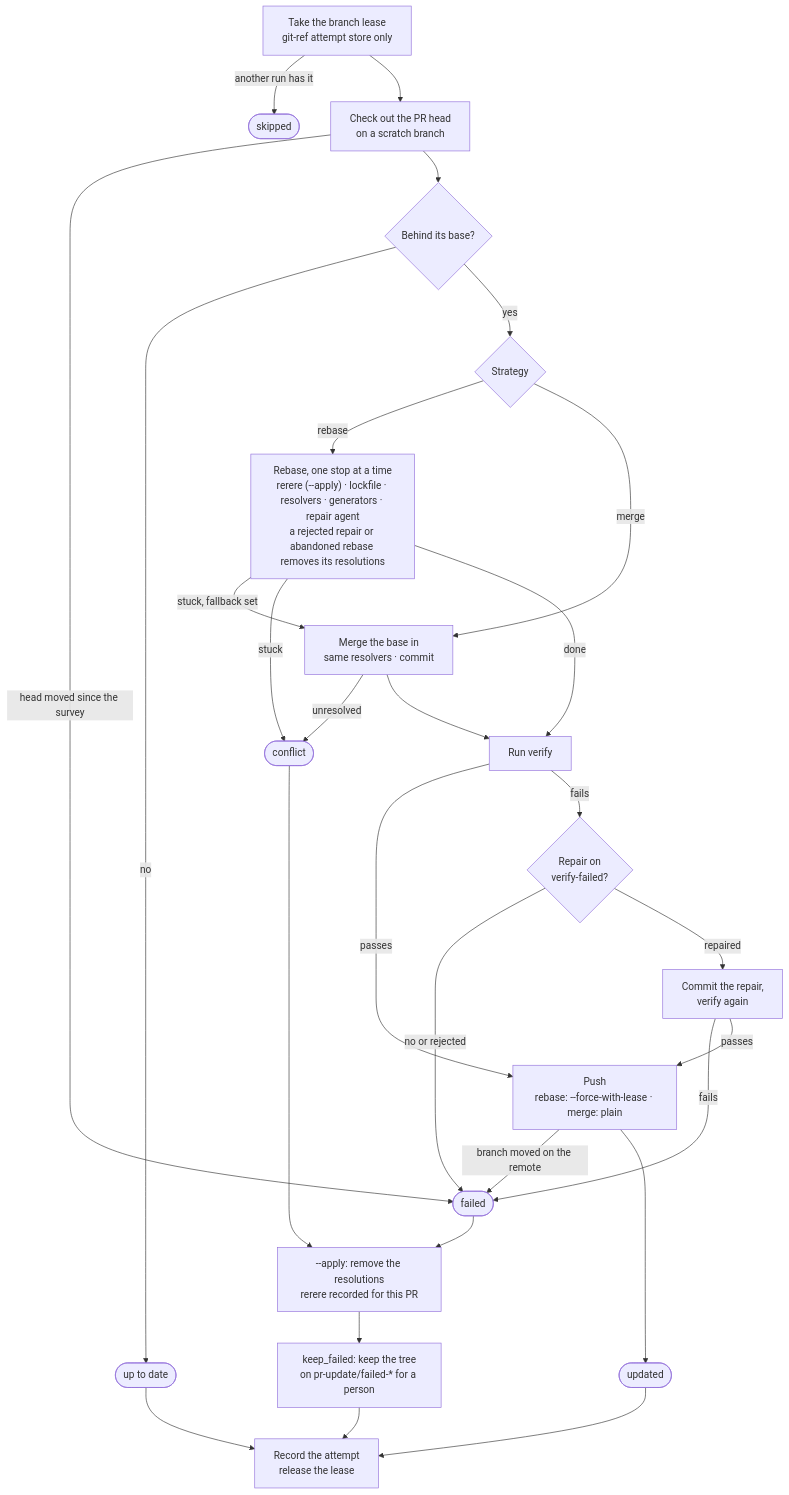
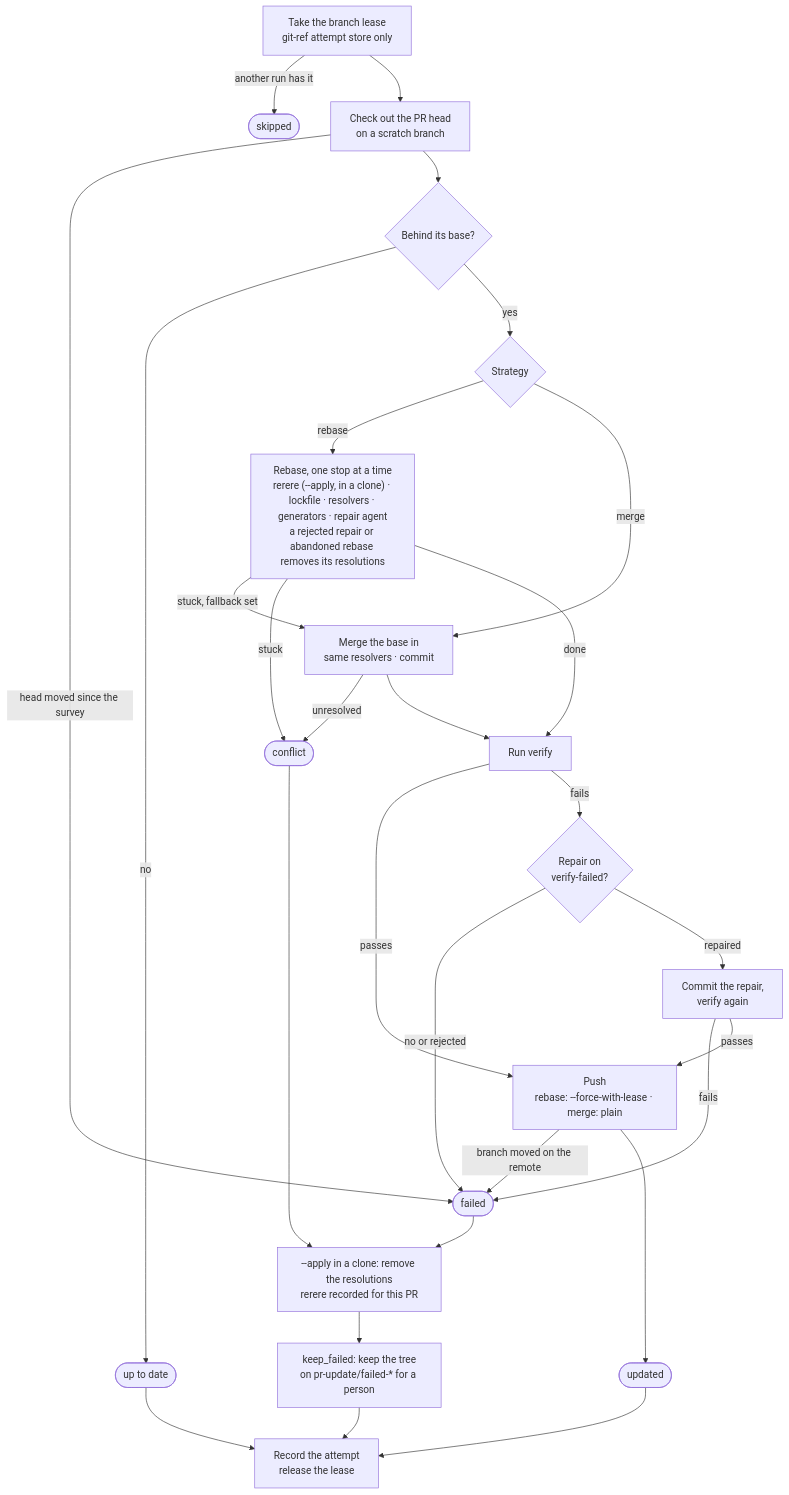
Before and after one commit to osdlc/osdlc: the second of 2 diagrams in packages/ts/pr-update/docs/guide/architecture.md, drawn with Mermaid. The commit also changed other lines of this file and 1 other file, not shown here.

Commit message:
docs(pr-update): architecture guide and D-0005 at the end of S13

````diff
--- a/packages/ts/pr-update/docs/guide/architecture.md
+++ b/packages/ts/pr-update/docs/guide/architecture.md
@@ -75,30 +76,30 @@
 ```mermaid
 flowchart TD
   lease["Take the branch lease<br/>git-ref attempt store only"] -->|another run has it| s1(["skipped"])
   lease --> co["Check out the PR head<br/>on a scratch branch"]
   co -->|head moved since the survey| f(["failed"])
   co --> bh{"Behind its base?"}
   bh -->|no| up(["up to date"])
   bh -->|yes| st{"Strategy"}
-  st -->|rebase| rb["Rebase, one stop at a time<br/>rerere (--apply) · lockfile · resolvers · generators · repair agent<br/>a rejected repair or abandoned rebase removes its resolutions"]
+  st -->|rebase| rb["Rebase, one stop at a time<br/>rerere (--apply, in a clone) · lockfile · resolvers · generators · repair agent<br/>a rejected repair or abandoned rebase removes its resolutions"]
   rb -->|stuck, fallback set| mg
   rb -->|stuck| cf(["conflict"])
   st -->|merge| mg["Merge the base in<br/>same resolvers · commit"]
   mg -->|unresolved| cf
   rb -->|done| v
   mg --> v["Run verify"]
   v -->|passes| push["Push<br/>rebase: --force-with-lease · merge: plain"]
   v -->|fails| rp{"Repair on<br/>verify-failed?"}
   rp -->|no or rejected| f
   rp -->|repaired| v2["Commit the repair,<br/>verify again"]
   v2 -->|fails| f
   v2 -->|passes| push
   push -->|branch moved on the remote| f
   push --> upd(["updated"])
-  f --> drop["--apply: remove the resolutions<br/>rerere recorded for this PR"]
+  f --> drop["--apply in a clone: remove the resolutions<br/>rerere recorded for this PR"]
   cf --> drop
   drop --> keep["keep_failed: keep the tree<br/>on pr-update/failed-* for a person"]
   upd --> rec["Record the attempt<br/>release the lease"]
   up --> rec
   keep --> rec
 ```
````
